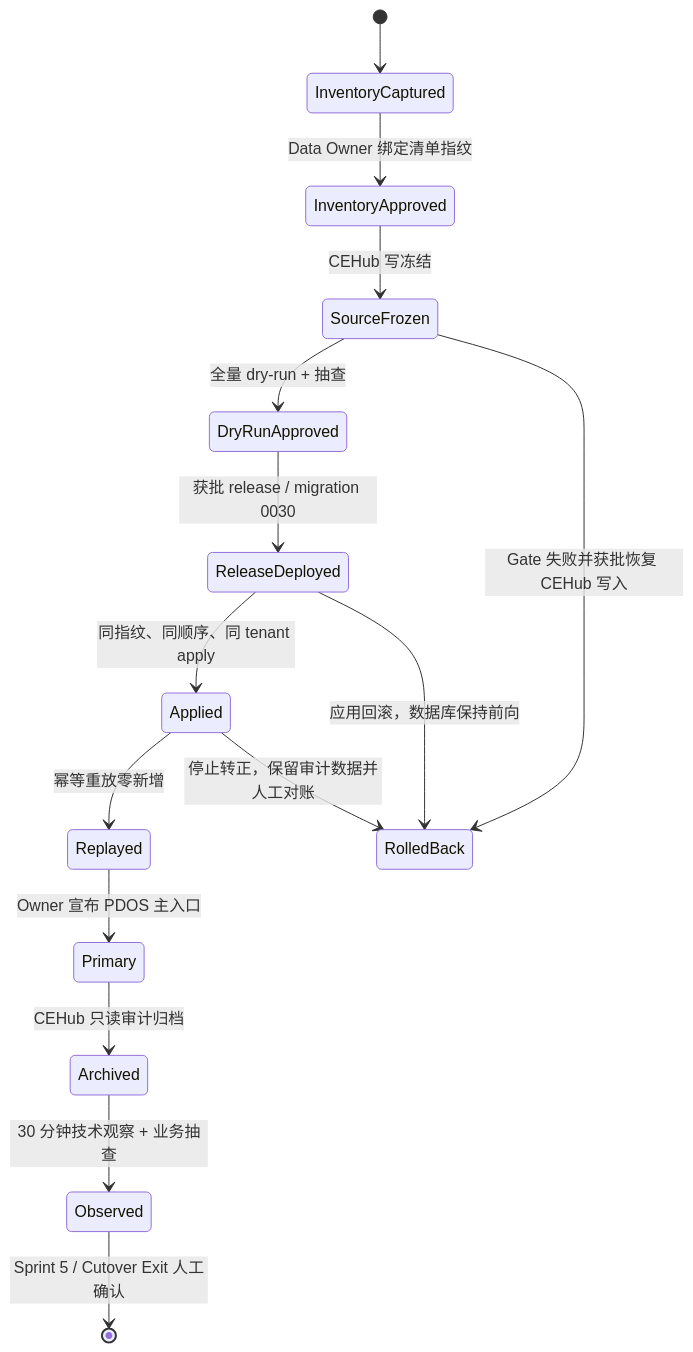
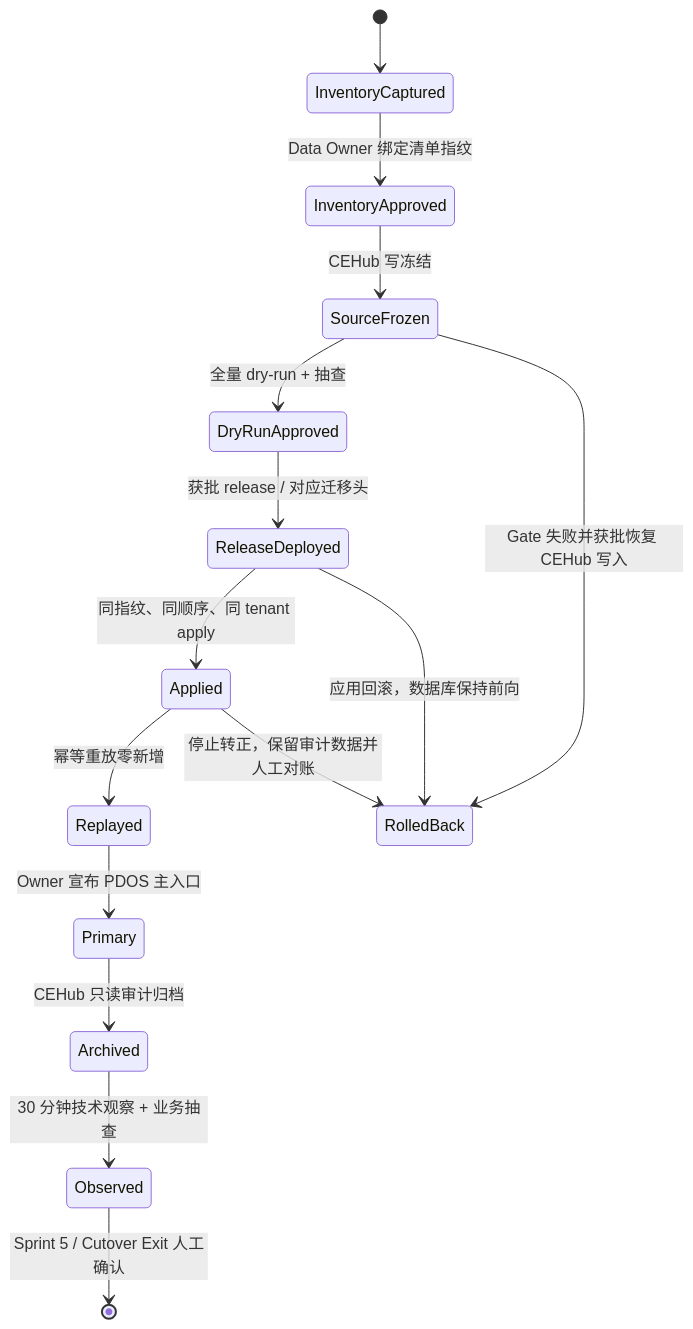
The diagram in docs/design/2026-08-13-sprint-5-cutover-contract.md (RealHanweiHu/pdos), drawn with Mermaid before and after one commit. The commit also changed other lines of this file and 288 other files, not shown here.

````diff
--- a/docs/design/2026-08-13-sprint-5-cutover-contract.md
+++ b/docs/design/2026-08-13-sprint-5-cutover-contract.md
@@ -34,17 +36,17 @@
 ```mermaid
 stateDiagram-v2
     [*] --> InventoryCaptured
     InventoryCaptured --> InventoryApproved: Data Owner 绑定清单指纹
     InventoryApproved --> SourceFrozen: CEHub 写冻结
     SourceFrozen --> DryRunApproved: 全量 dry-run + 抽查
-    DryRunApproved --> ReleaseDeployed: 获批 release / migration 0030
+    DryRunApproved --> ReleaseDeployed: 获批 release / 对应迁移头
     ReleaseDeployed --> Applied: 同指纹、同顺序、同 tenant apply
     Applied --> Replayed: 幂等重放零新增
     Replayed --> Primary: Owner 宣布 PDOS 主入口
     Primary --> Archived: CEHub 只读审计归档
     Archived --> Observed: 30 分钟技术观察 + 业务抽查
     Observed --> [*]: Sprint 5 / Cutover Exit 人工确认
     SourceFrozen --> RolledBack: Gate 失败并获批恢复 CEHub 写入
     ReleaseDeployed --> RolledBack: 应用回滚，数据库保持前向
     Applied --> RolledBack: 停止转正，保留审计数据并人工对账
 ```
````
